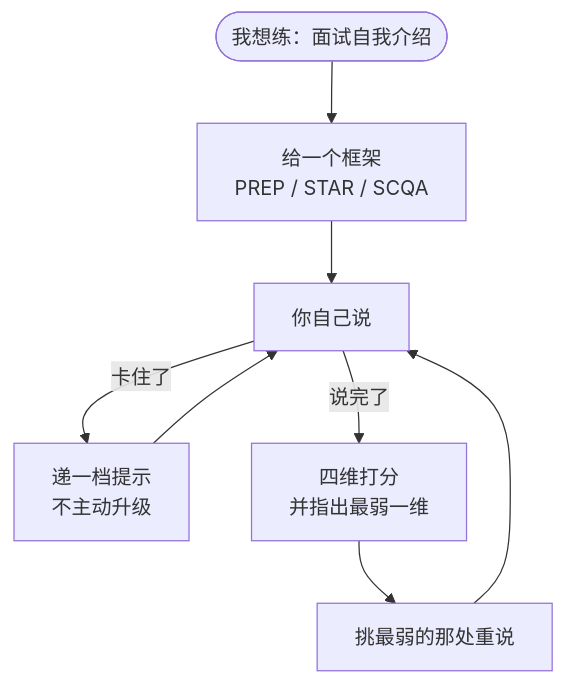
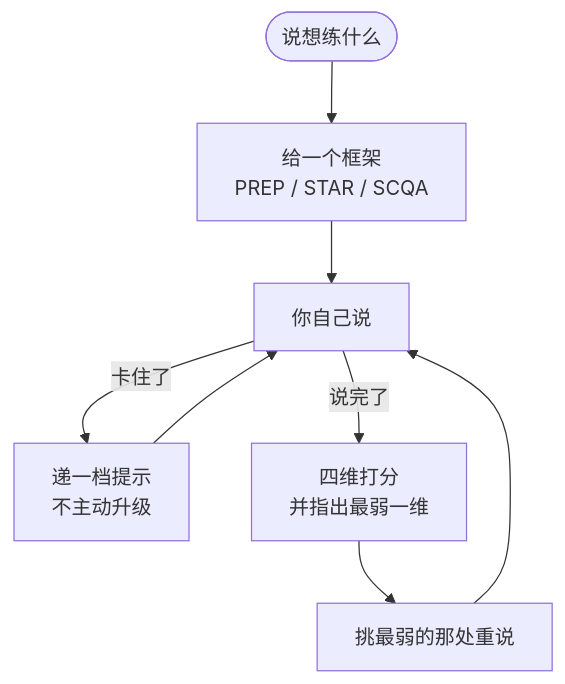
The first of 2 diagrams in README.md (mauyumaster/speaking-practice), drawn with Mermaid before and after one commit.

Commit message:
流程图起点节点改短，避免中文被挤成两行

````diff
--- a/README.md
+++ b/README.md
@@ -54,10 +54,10 @@
 ```mermaid
 flowchart TD
-    A([我想练：面试自我介绍]) --> B[给一个框架<br/>PREP / STAR / SCQA]
+    A([说想练什么]) --> B[给一个框架<br/>PREP / STAR / SCQA]
     B --> C[你自己说]
     C -->|卡住了| D[递一档提示<br/>不主动升级]
     D --> C
     C -->|说完了| E[四维打分<br/>并指出最弱一维]
     E --> F[挑最弱的那处重说]
     F --> C
 ```
````
